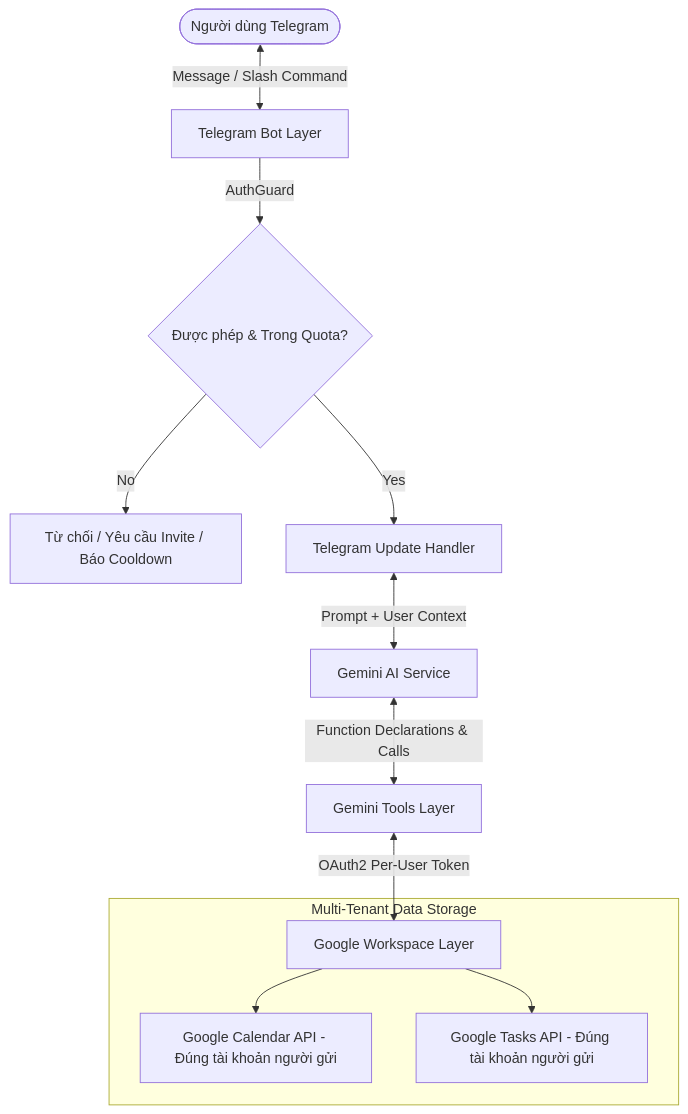
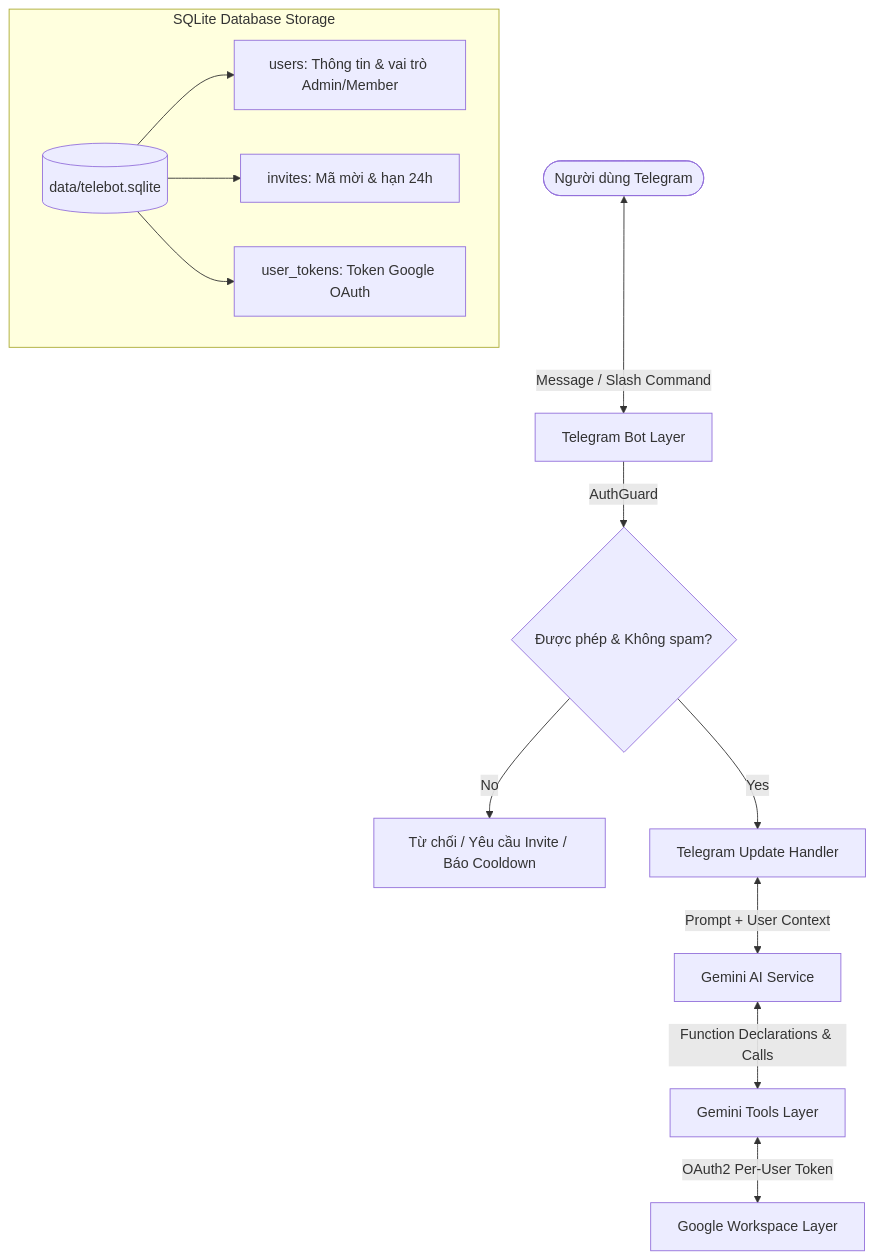
One commit to dat-dv/telebot changed the diagram in docs/architecture.md. Above: the diagram before and after it, drawn with Mermaid. The commit also changed other lines of this file and 21 other files, not shown here.

Commit message:
feat: integrate SQLite with TypeORM for user and token management, and persist Google OAuth tokens in the database.

````diff
--- a/docs/architecture.md
+++ b/docs/architecture.md
@@ -16,16 +16,18 @@
 ```mermaid
 graph TD
     User([Người dùng Telegram]) <-->|Message / Slash Command| TG[Telegram Bot Layer]
-    TG -->|AuthGuard| Guard{Được phép & Trong Quota?}
+    TG -->|AuthGuard| Guard{Được phép & Không spam?}
     Guard -- No --> Reject[Từ chối / Yêu cầu Invite / Báo Cooldown]
     Guard -- Yes --> Handler[Telegram Update Handler]
     
     Handler <-->|Prompt + User Context| Gemini[Gemini AI Service]
     Gemini <-->|Function Declarations & Calls| Tools[Gemini Tools Layer]
     Tools <-->|OAuth2 Per-User Token| Google[Google Workspace Layer]
     
-    subgraph Multi-Tenant Data Storage
-        Google --> GCal[Google Calendar API - Đúng tài khoản người gửi]
-        Google --> GTasks[Google Tasks API - Đúng tài khoản người gửi]
+    subgraph SQLite Database Storage
+        DB[(data/telebot.sqlite)]
+        DB --> UsersTable[users: Thông tin & vai trò Admin/Member]
+        DB --> InvitesTable[invites: Mã mời & hạn 24h]
+        DB --> TokensTable[user_tokens: Token Google OAuth]
     end
 ```
````
